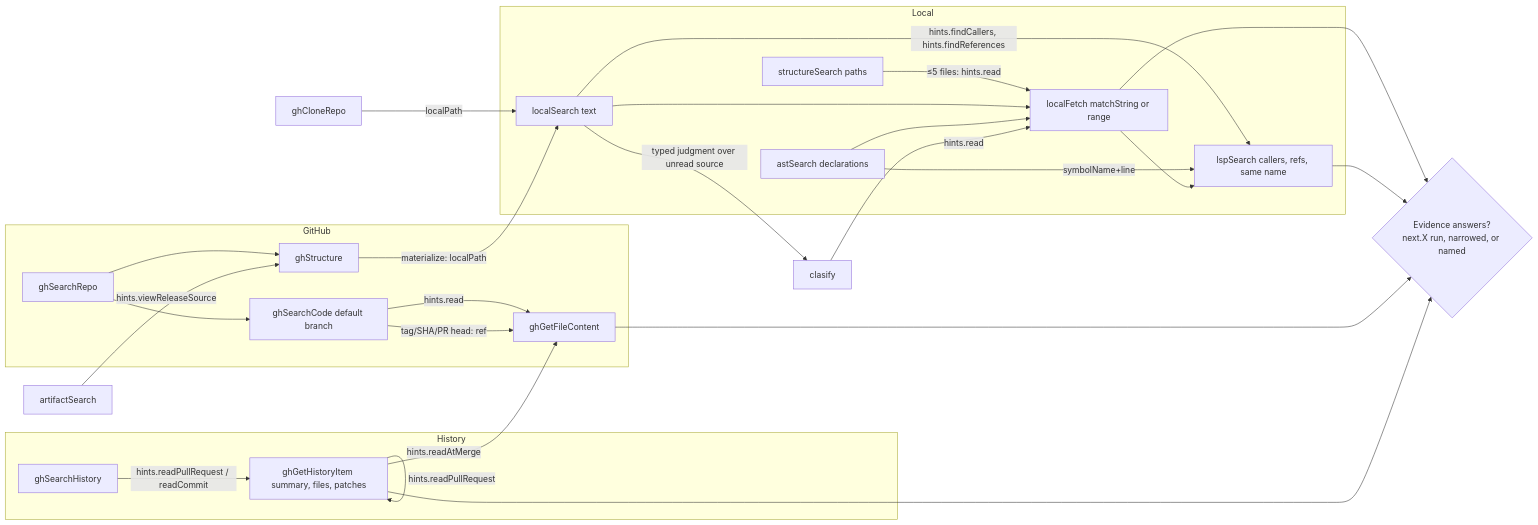
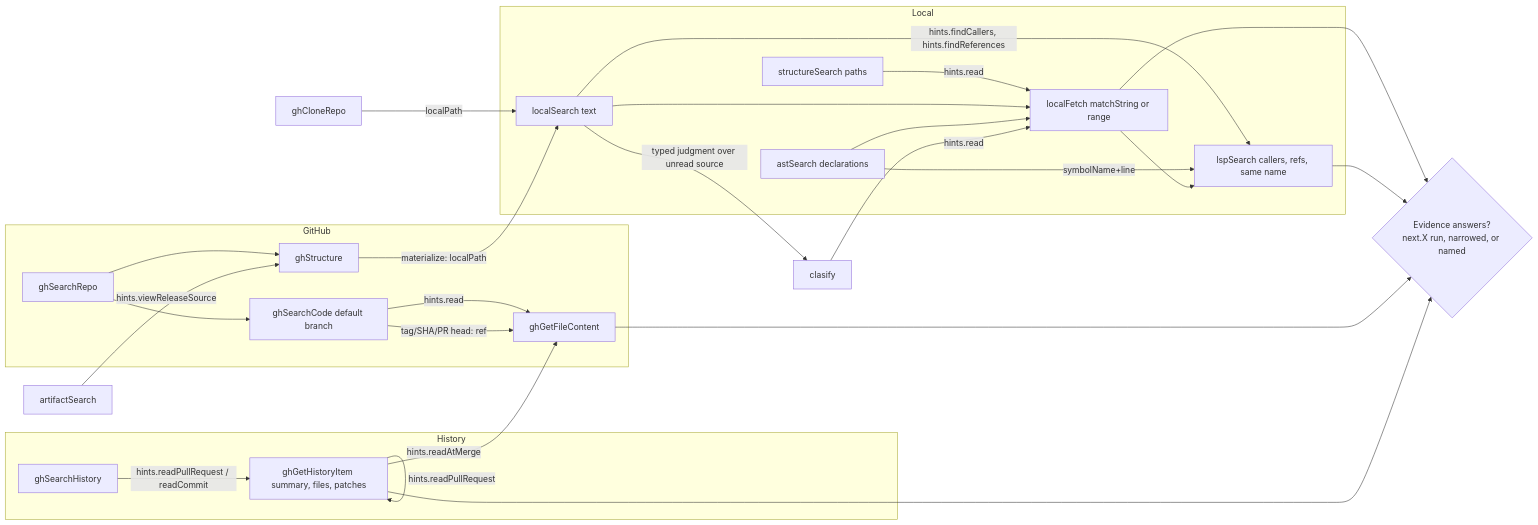
One commit to bgauryy/octocode-mcp changed the first of 8 diagrams in docs/OCTOCODE_WORKFLOWS.md. Above: the diagram before and after it, drawn with Mermaid. The commit also changed other lines of this file and 497 other files, not shown here.

````diff
--- a/docs/OCTOCODE_WORKFLOWS.md
+++ b/docs/OCTOCODE_WORKFLOWS.md
@@ -24,42 +24,42 @@
 ```mermaid
 flowchart LR
   subgraph Local
     SS[structureSearch paths]
     LS[localSearch text]
     AS[astSearch declarations]
     LF[localFetch matchString or range]
     LSP[lspSearch callers, refs, same name]
   end
   subgraph GitHub
     GR[ghSearchRepo]
     GC[ghSearchCode default branch]
     GS[ghStructure]
     GF[ghGetFileContent]
   end
   subgraph History
     GH[ghSearchHistory]
     GI[ghGetHistoryItem summary, files, patches]
   end
   AR[artifactSearch]
   CR[ghCloneRepo]
   CL[clasify]
   DONE{Evidence answers?<br/>next.X run, narrowed, or named}
-  SS -->|"≤5 files: hints.read"| LF
+  SS -->|hints.read| LF
   LS & AS --> LF
   LS -->|hints.findCallers, hints.findReferences| LSP
   AS -->|symbolName+line| LSP
   LF --> LSP
   GR --> GC & GS
   GC -->|hints.read| GF
   GC -->|"tag/SHA/PR head: ref"| GF
   GH -->|hints.readPullRequest / readCommit| GI
   GI -->|next.continuePatch / nextFilePage| GI
   GI -->|hints.readPullRequest| GI
   GI -->|hints.readAtMerge| GF
   AR -->|hints.viewReleaseSource| GS
   GS -->|materialize: localPath| LS
   CR -->|localPath| LS
   LS -->|"typed judgment over unread source"| CL
   CL -->|hints.read| LF
   LF & LSP & GF & GI --> DONE
 ```
````
